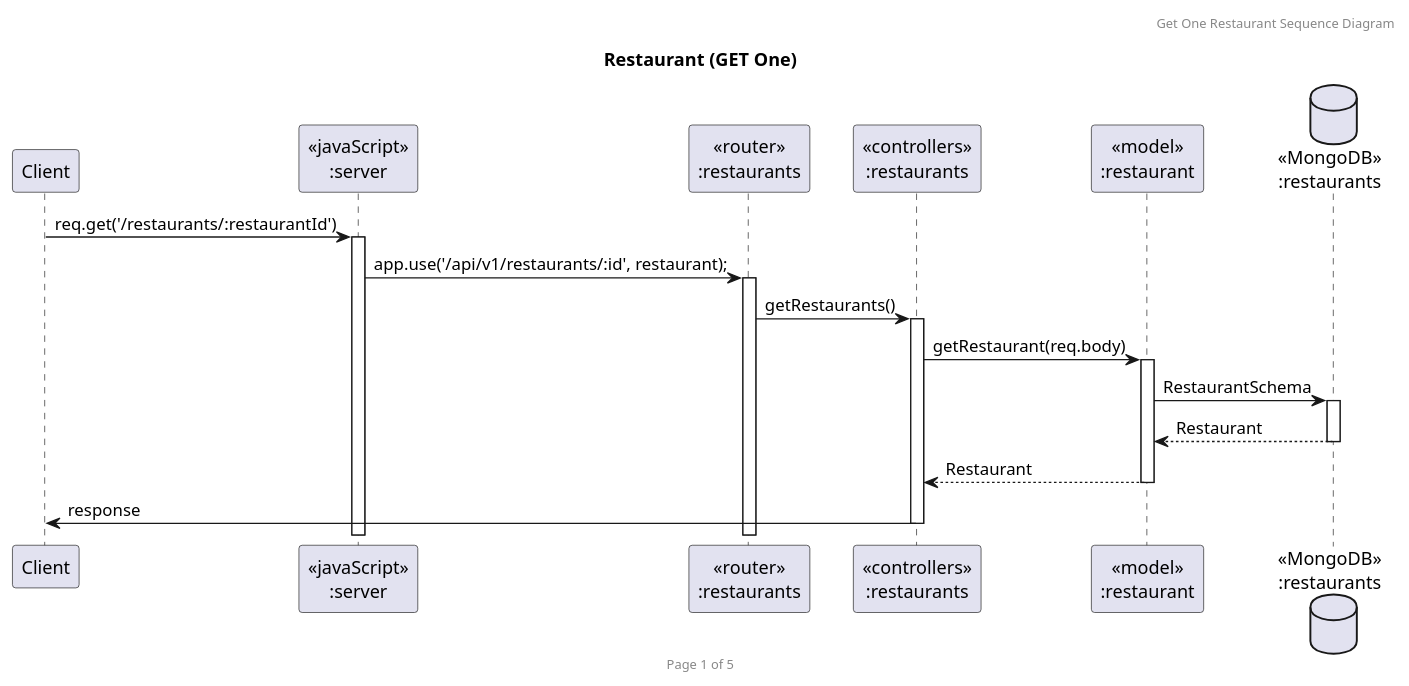
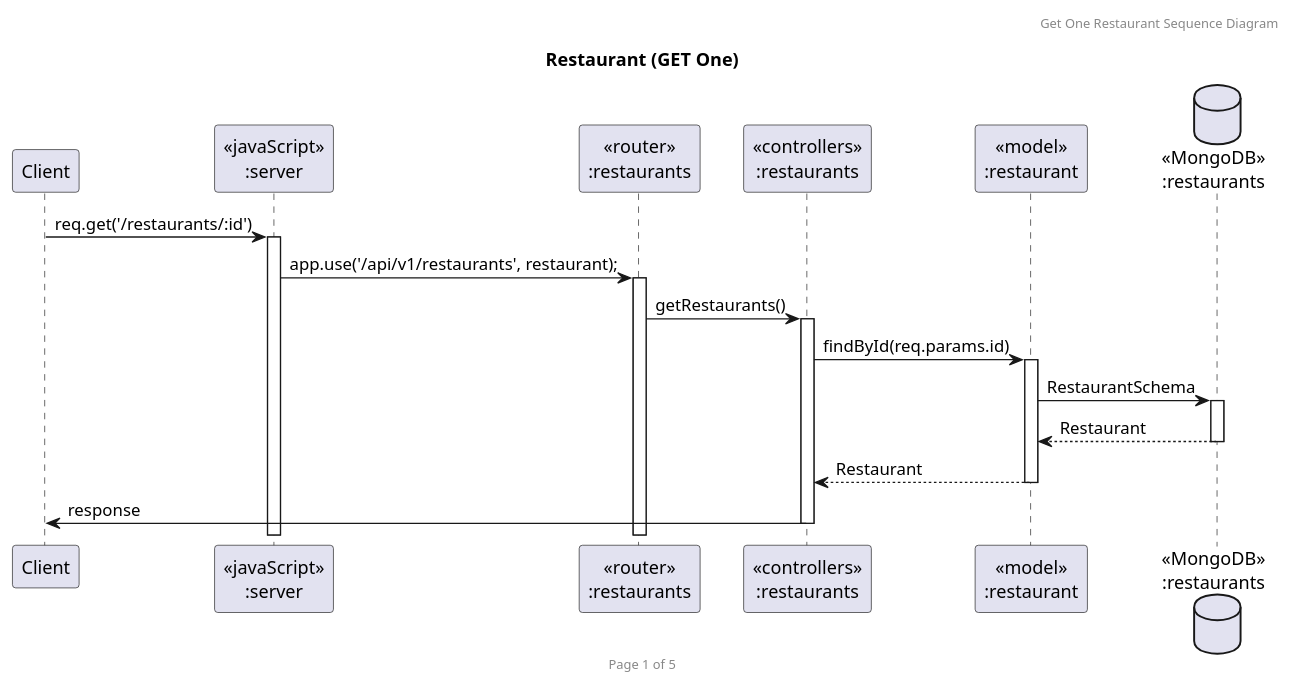
The diagram in Sequence Diagram/Restaurant/RestaurantGetOne.puml (marshmeowllo/RestaurantReservation), drawn with PlantUML before and after one commit. The commit also changed 12 other files, not shown here.

```diff
--- a/Sequence Diagram/Restaurant/RestaurantGetOne.puml
+++ b/Sequence Diagram/Restaurant/RestaurantGetOne.puml
@@ -1,23 +1,23 @@
 @startuml Restaurant (GET One)
 
 header Get One Restaurant Sequence Diagram
 footer Page 1 of 5
 title "Restaurant (GET One)"
 
 participant "Client" as client
 participant "<<javaScript>>\n:server" as server
 participant "<<router>>\n:restaurants" as routerRestaurants
 participant "<<controllers>>\n:restaurants" as controllersRestaurants
 participant "<<model>>\n:restaurant" as modelRestaurants
 database "<<MongoDB>>\n:restaurants" as RestaurantDatabase
 
-client->server ++:req.get('/restaurants/:restaurantId')
-server->routerRestaurants ++:app.use('/api/v1/restaurants/:id', restaurant);
+client->server ++:req.get('/restaurants/:id')
+server->routerRestaurants ++:app.use('/api/v1/restaurants', restaurant);
 routerRestaurants -> controllersRestaurants ++:getRestaurants()
-controllersRestaurants->modelRestaurants ++:getRestaurant(req.body)
+controllersRestaurants->modelRestaurants ++:findById(req.params.id)
 modelRestaurants ->RestaurantDatabase ++: RestaurantSchema
 RestaurantDatabase --> modelRestaurants --: Restaurant
 controllersRestaurants <-- modelRestaurants --:Restaurant
 controllersRestaurants->client --:response
 
 @enduml
```
